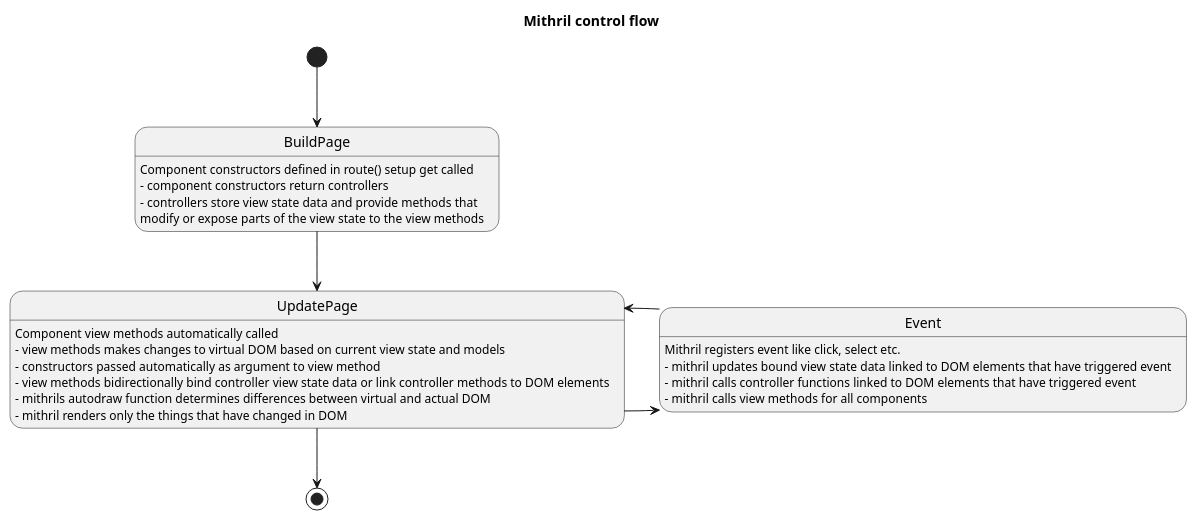
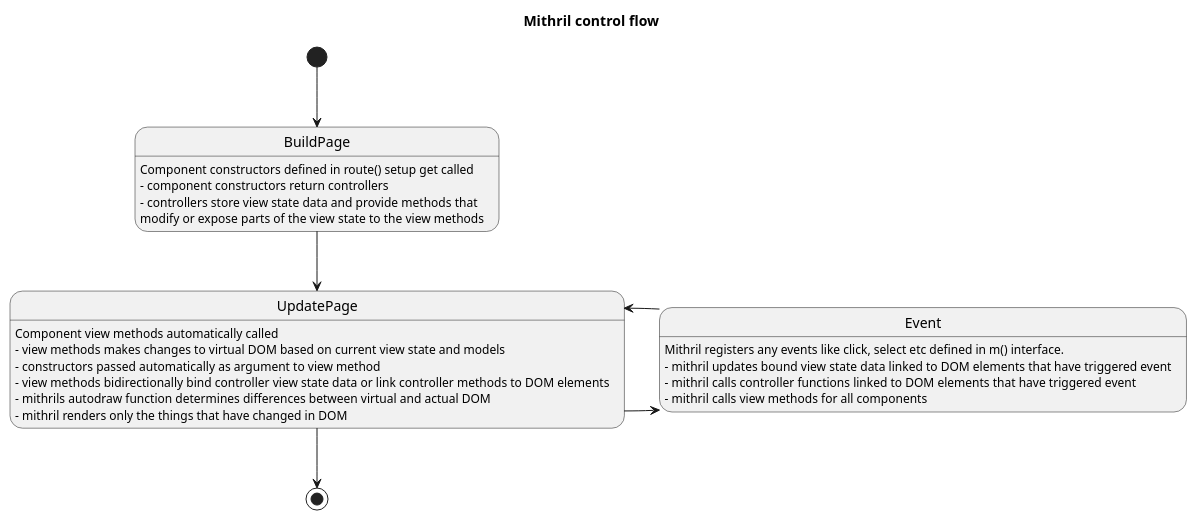
The diagram in app/SuperPhy/uml/mithril_state.wsd (superphy/semantic), drawn with PlantUML before and after one commit. The commit also changed 2 other files, not shown here.

Commit message:
Added central genomewidget uml diagram

```diff
--- a/app/SuperPhy/uml/mithril_state.wsd
+++ b/app/SuperPhy/uml/mithril_state.wsd
@@ -1,27 +1,27 @@
 @startuml
 
 title Mithril control flow
 
 [*] -down-> BuildPage
 BuildPage : Component constructors defined in route() setup get called
 BuildPage : - component constructors return controllers
 BuildPage : - controllers store view state data and provide methods that\nmodify or expose parts of the view state to the view methods
 
 BuildPage -down-> UpdatePage
 UpdatePage : Component view methods automatically called
 UpdatePage : - view methods makes changes to virtual DOM based on current view state and models
 UpdatePage : - constructors passed automatically as argument to view method
 UpdatePage : - view methods bidirectionally bind controller view state data or link controller methods to DOM elements
 UpdatePage : - mithrils autodraw function determines differences between virtual and actual DOM
 UpdatePage : - mithril renders only the things that have changed in DOM
 
 UpdatePage -right-> Event
-Event : Mithril registers event like click, select etc.
+Event : Mithril registers any events like click, select etc defined in m() interface.
 Event : - mithril updates bound view state data linked to DOM elements that have triggered event
 Event : - mithril calls controller functions linked to DOM elements that have triggered event
 Event : - mithril calls view methods for all components
 
 Event -left-> UpdatePage
 UpdatePage -down-> [*]
 
 @enduml
```
